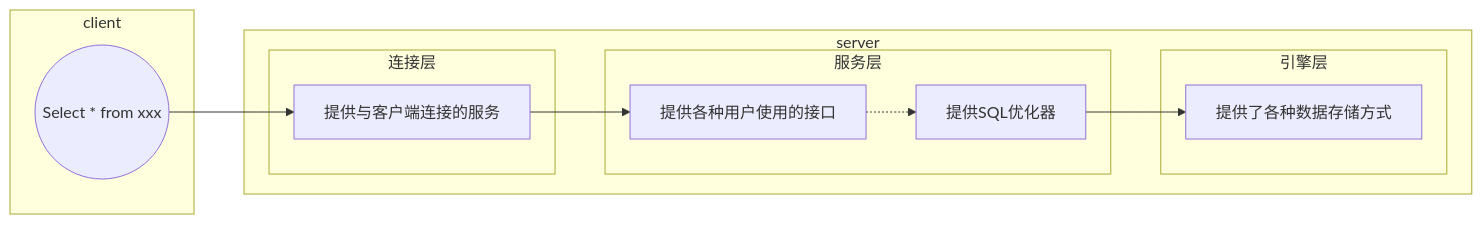
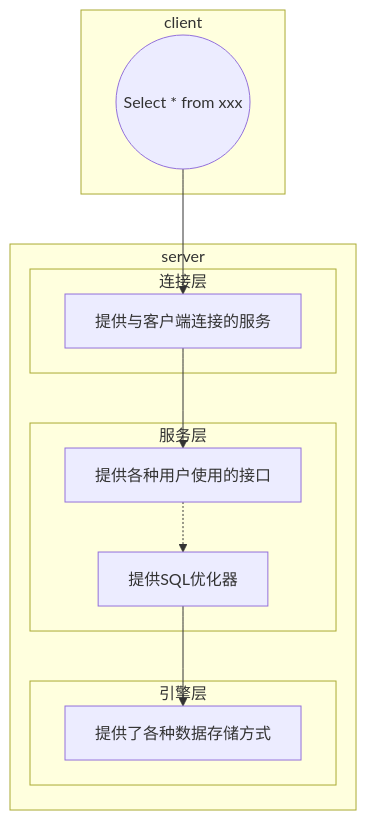
One commit to wz2671/wz2671.github.io changed the second of 3 diagrams in source/_posts/秋招笔记.md. Above: the diagram before and after it, drawn with Mermaid. The commit also changed other lines of this file and 12 other files, not shown here.

Commit message:
修改表格，代码布局，支持时序图

````diff
--- a/source/_posts/秋招笔记.md
+++ b/source/_posts/秋招笔记.md
@@ -652,22 +654,22 @@
-	```mermaid  
-		graph LR
-		select --> link
-		subgraph client
-				select((Select * from xxx))
-		end
-		subgraph server
-			link-->serve
-			serve-.->serve2
-			serve2--> engineer
-			subgraph 连接层
-			link[提供与客户端连接的服务]
-			end
-			subgraph 服务层
-		   serve[提供各种用户使用的接口] 
-		   serve2[提供SQL优化器]
-			end
-			subgraph 引擎层
-			engineer[提供了各种数据存储方式]
-			end
-		end
+	```mermaid
+    graph TD
+    select --> link
+    subgraph client
+            select((Select * from xxx))
+    end
+    subgraph server
+        link-->serve
+        serve-.->serve2
+        serve2--> engineer
+        subgraph 连接层
+        link[提供与客户端连接的服务]
+        end
+        subgraph 服务层
+        serve[提供各种用户使用的接口] 
+        serve2[提供SQL优化器]
+        end
+        subgraph 引擎层
+        engineer[提供了各种数据存储方式]
+        end
+    end
 	```
````
